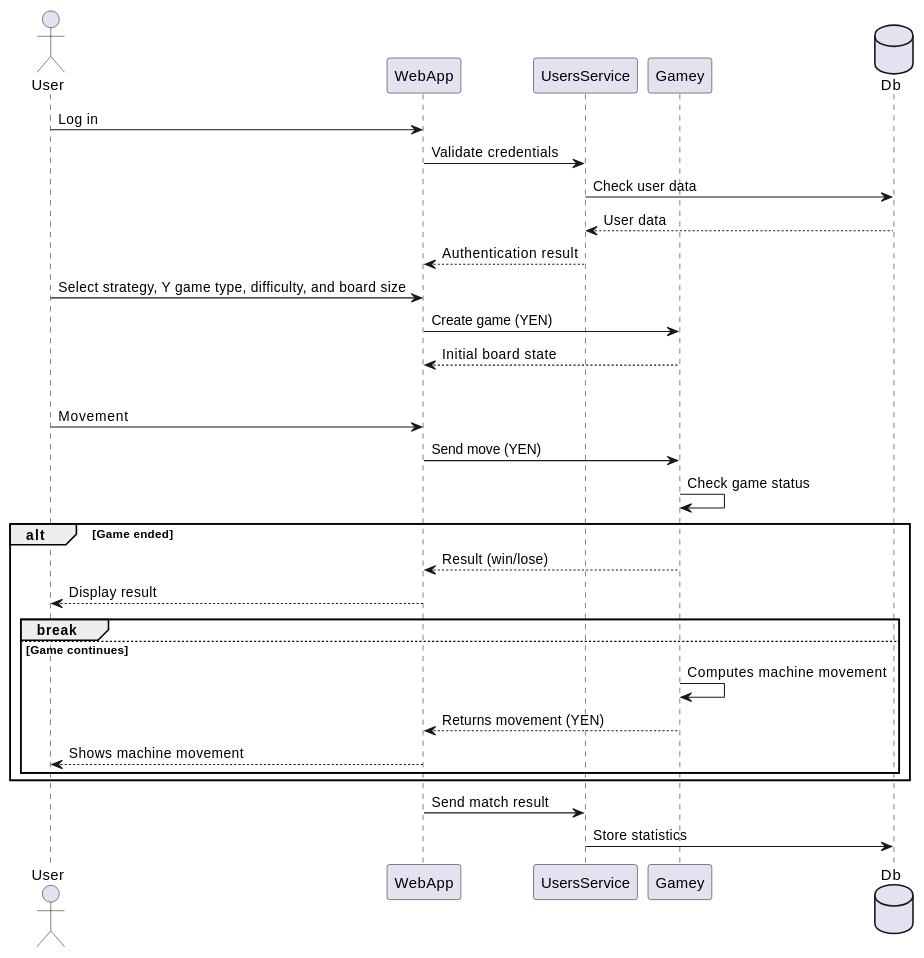
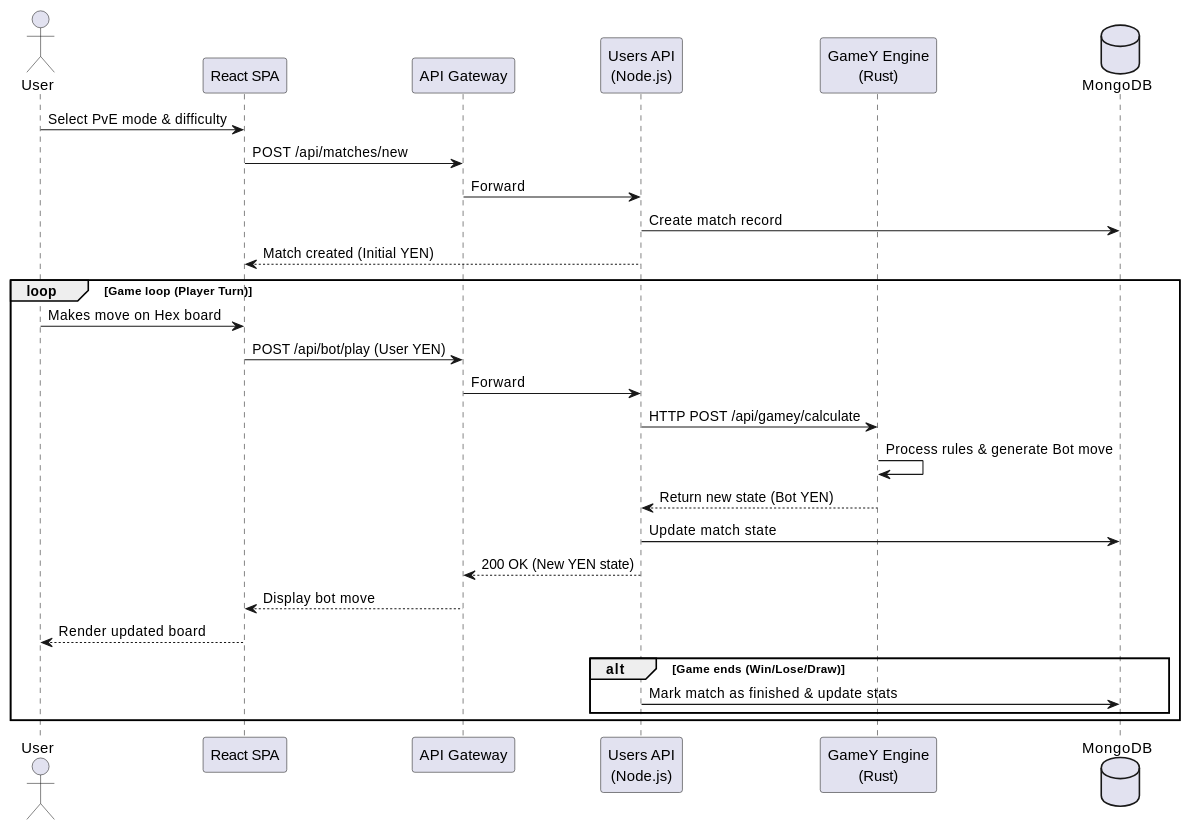
The first of 3 diagrams in docs/src/06_runtime_view.adoc (Arquisoft/yovi_es1a), drawn with PlantUML before and after one commit. The commit also changed other lines of this file, not shown here.

Commit message:
docs(arc42): reestructurar flujo PvE mostrando la delegación de IA desde Node hacia Rust

```diff
--- a/docs/src/06_runtime_view.adoc
+++ b/docs/src/06_runtime_view.adoc
@@ -48,41 +48,34 @@
 [plantuml]
 ----
 @startuml
 actor User
-participant WebApp
-participant UsersService
-participant Gamey
-database Db
+participant "React SPA" as WebApp
+participant "API Gateway" as Gateway
+participant "Users API\n(Node.js)" as UsersService
+participant "GameY Engine\n(Rust)" as Gamey
+database MongoDB as Db
 
+User -> WebApp: Select PvE mode & difficulty
+WebApp -> Gateway: POST /api/matches/new
+Gateway -> UsersService: Forward
+UsersService -> Db: Create match record
+UsersService --> WebApp: Match created (Initial YEN)
 
+loop Game loop (Player Turn)
+    User -> WebApp: Makes move on Hex board
+    WebApp -> Gateway: POST /api/bot/play (User YEN)
+    Gateway -> UsersService: Forward
+    UsersService -> Gamey: HTTP POST /api/gamey/calculate
+    Gamey -> Gamey: Process rules & generate Bot move
+    Gamey --> UsersService: Return new state (Bot YEN)
+    UsersService -> Db: Update match state
+    UsersService --> Gateway: 200 OK (New YEN state)
+    Gateway --> WebApp: Display bot move
+    WebApp --> User: Render updated board
 
-User -> WebApp: Log in
-WebApp -> UsersService: Validate credentials
-UsersService -> Db: Check user data
-Db --> UsersService: User data
-UsersService --> WebApp: Authentication result
-User -> WebApp: Select strategy, Y game type, difficulty, and board size
-WebApp -> Gamey: Create game (YEN)
-Gamey --> WebApp: Initial board state
-
-loop Game loop
-    User -> WebApp: Movement
-    WebApp -> Gamey: Send move (YEN)
-    Gamey -> Gamey: Check game status
-
-    alt Game ended
-        Gamey --> WebApp: Result (win/lose)
-        WebApp --> User: Display result
-        break
-    else Game continues
-        Gamey -> Gamey: Computes machine movement
-        Gamey --> WebApp: Returns movement (YEN)
-        WebApp --> User: Shows machine movement
+    alt Game ends (Win/Lose/Draw)
+        UsersService -> Db: Mark match as finished & update stats
     end
 end
-
-WebApp -> UsersService: Send match result
-UsersService -> Db: Store statistics
-
 @enduml
 ----
```
